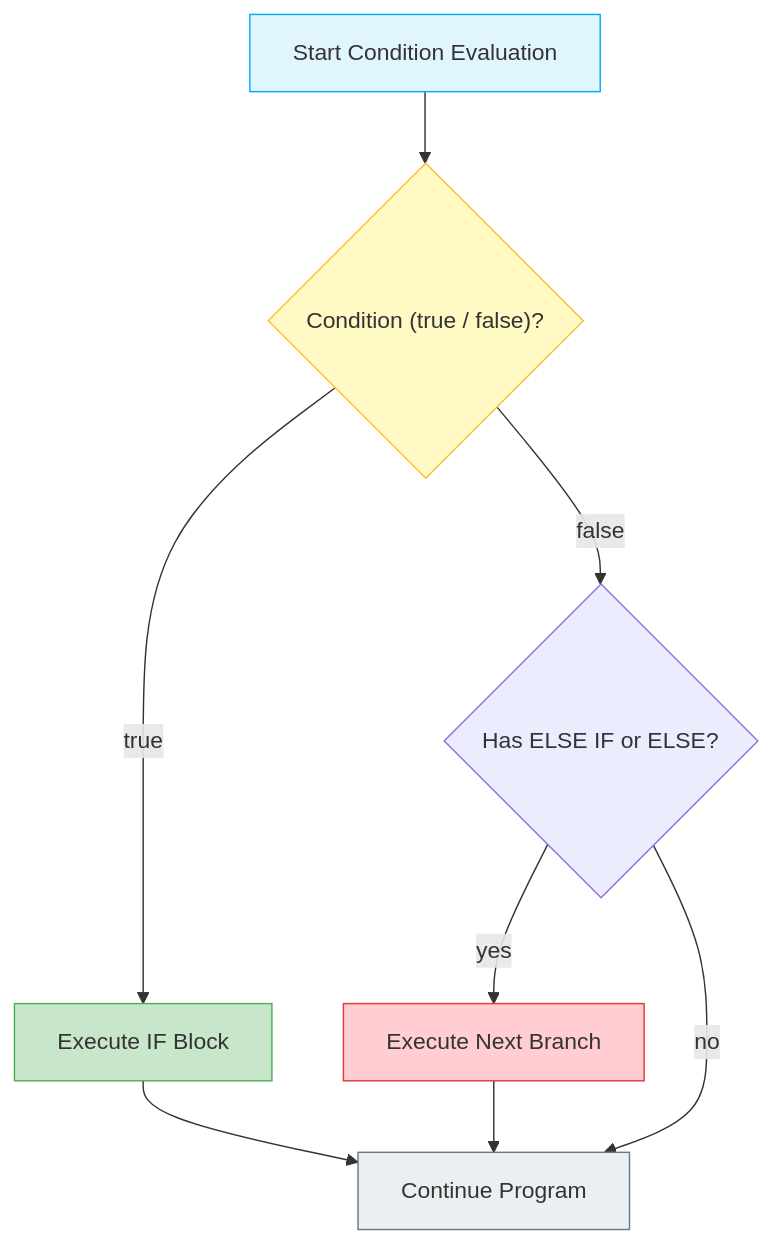
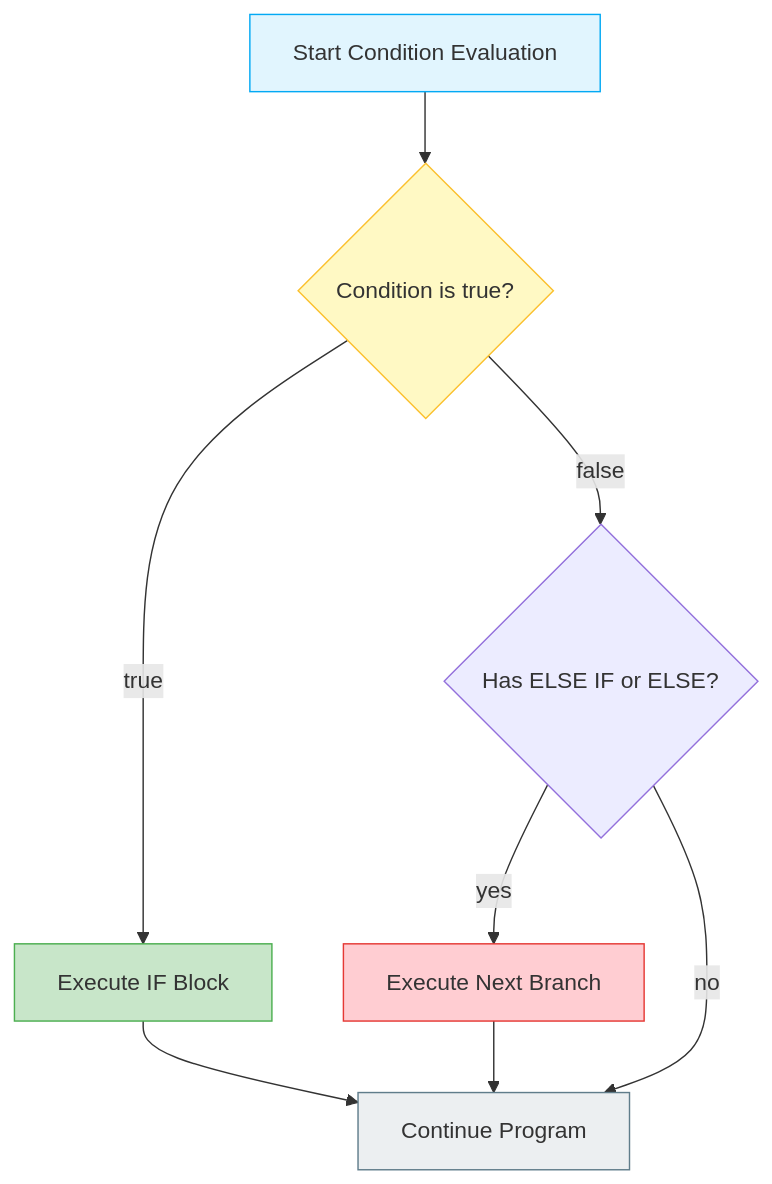
The first of 3 diagrams in src/conditional_statements/README.md (Mokshagnatej/Java-course), drawn with Mermaid before and after one commit. The commit also changed other lines of this file and 15 other files, not shown here.

````diff
--- a/src/conditional_statements/README.md
+++ b/src/conditional_statements/README.md
@@ -19,16 +72,16 @@
 ```mermaid
 flowchart TD
-    START["Start Condition Evaluation"] --> CHECK{"Condition (true / false)?"}
+    START["Start Condition Evaluation"] --> CHECK{"Condition is true?"}
     CHECK -- true --> RUN_IF["Execute IF Block"]
     CHECK -- false --> HAS_ELSE{"Has ELSE IF or ELSE?"}
     HAS_ELSE -- yes --> RUN_ELSE["Execute Next Branch"]
     HAS_ELSE -- no --> EXIT["Continue Program"]
     RUN_IF --> EXIT
     RUN_ELSE --> EXIT
 
     style START fill:#E1F5FE,stroke:#03A9F4
     style CHECK fill:#FFF9C4,stroke:#FBC02D
     style RUN_IF fill:#C8E6C9,stroke:#4CAF50
     style RUN_ELSE fill:#FFCDD2,stroke:#E53935
     style EXIT fill:#ECEFF1,stroke:#607D8B
 ```
````
